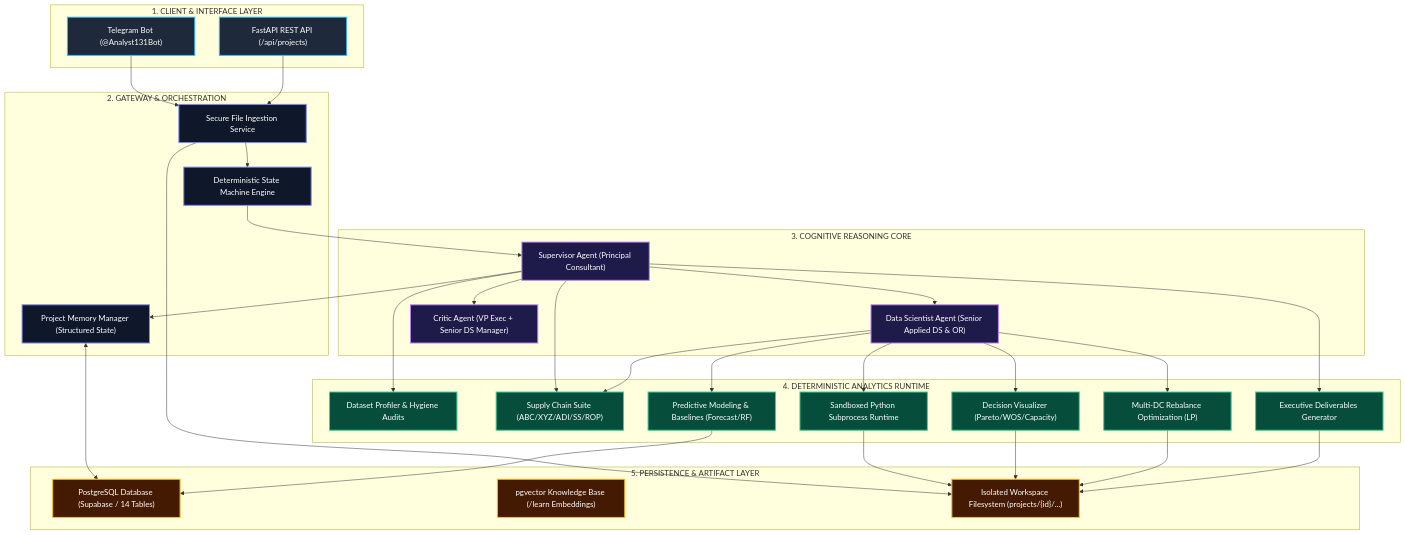
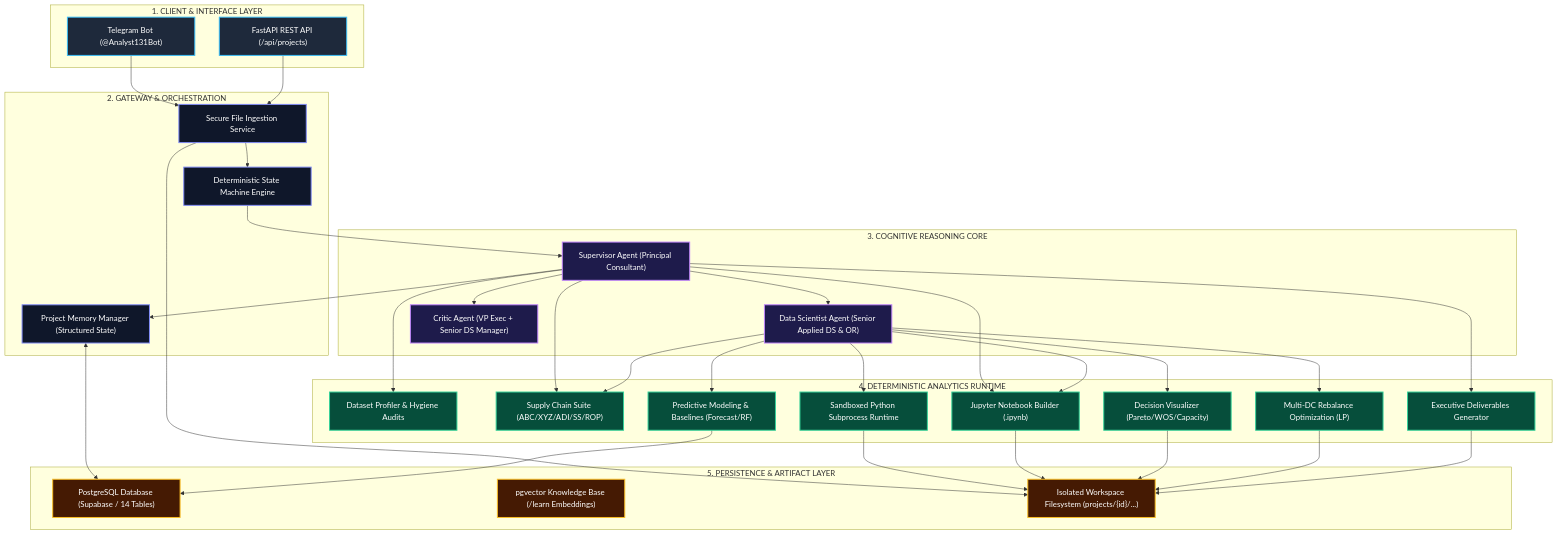
The third of 3 diagrams in README.md (Andrariando/AnalyticsBot), drawn with Mermaid before and after one commit. The commit also changed other lines of this file and 6 other files, not shown here.

Commit message:
feat: add dynamic Jupyter Notebook builder and update README with Dual Execution architecture

````diff
--- a/README.md
+++ b/README.md
@@ -121,68 +161,72 @@
 ```mermaid
 graph TD
     classDef client fill:#1E293B,stroke:#38BDF8,stroke-width:2px,color:#FFFFFF;
     classDef core fill:#0F172A,stroke:#818CF8,stroke-width:2px,color:#FFFFFF;
     classDef agent fill:#1E1B4B,stroke:#C084FC,stroke-width:2px,color:#FFFFFF;
     classDef tool fill:#064E3B,stroke:#34D399,stroke-width:2px,color:#FFFFFF;
     classDef db fill:#451A03,stroke:#FBBF24,stroke-width:2px,color:#FFFFFF;
 
     subgraph CLIENT_LAYER["1. CLIENT & INTERFACE LAYER"]
         TG["Telegram Bot (@Analyst131Bot)"]:::client
         API["FastAPI REST API (/api/projects)"]:::client
     end
 
     subgraph GATEWAY["2. GATEWAY & ORCHESTRATION"]
         SM["Deterministic State Machine Engine"]:::core
         MEM["Project Memory Manager (Structured State)"]:::core
         ING["Secure File Ingestion Service"]:::core
     end
 
     subgraph AGENTS["3. COGNITIVE REASONING CORE"]
         SUP["Supervisor Agent (Principal Consultant)"]:::agent
         DS["Data Scientist Agent (Senior Applied DS & OR)"]:::agent
         CRIT["Critic Agent (VP Exec + Senior DS Manager)"]:::agent
     end
 
     subgraph TOOLS["4. DETERMINISTIC ANALYTICS RUNTIME"]
         PROF["Dataset Profiler & Hygiene Audits"]:::tool
         SC["Supply Chain Suite (ABC/XYZ/ADI/SS/ROP)"]:::tool
         OPT["Multi-DC Rebalance Optimization (LP)"]:::tool
         MOD["Predictive Modeling & Baselines (Forecast/RF)"]:::tool
+        NB["Jupyter Notebook Builder (.ipynb)"]:::tool
         VIZ["Decision Visualizer (Pareto/WOS/Capacity)"]:::tool
         SAND["Sandboxed Python Subprocess Runtime"]:::tool
         REP["Executive Deliverables Generator"]:::tool
     end
 
     subgraph STORAGE["5. PERSISTENCE & ARTIFACT LAYER"]
         PG["PostgreSQL Database (Supabase / 14 Tables)"]:::db
         VEC["pgvector Knowledge Base (/learn Embeddings)"]:::db
         FS["Isolated Workspace Filesystem (projects/{id}/...)"]:::db
     end
 
     TG --> ING
     API --> ING
     ING --> FS
     ING --> SM
 
     SM --> SUP
     SUP --> MEM
     MEM <--> PG
 
     SUP --> DS
     SUP --> CRIT
     SUP --> PROF
     SUP --> SC
+    SUP --> NB
     SUP --> REP
 
     DS --> SC
     DS --> OPT
     DS --> MOD
+    DS --> NB
     DS --> VIZ
     DS --> SAND
 
     SAND --> FS
+    NB --> FS
     VIZ --> FS
     OPT --> FS
     MOD --> PG
     REP --> FS
 ```
````
